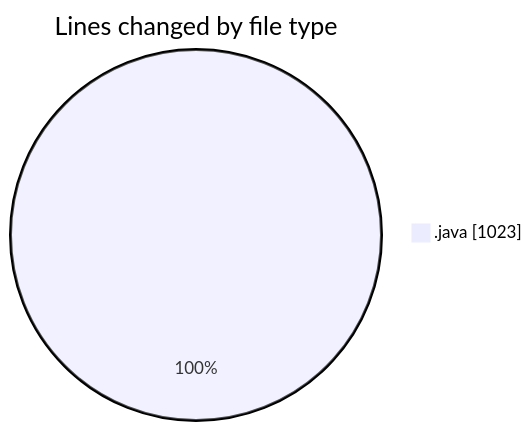
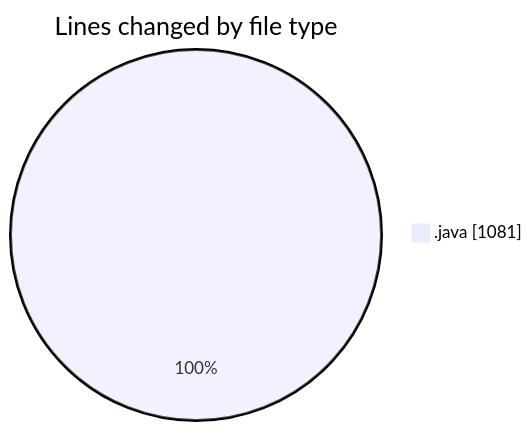
One commit to ricardozamudiocil/code-tracking changed the first of 2 diagrams in 2026-03-18/cilapp/README.md. Above: the diagram before and after it, drawn with Mermaid. The commit also changed other lines of this file and 1 other file, not shown here.

````diff
--- a/2026-03-18/cilapp/README.md
+++ b/2026-03-18/cilapp/README.md
@@ -20,5 +20,5 @@
 ```mermaid
 pie showData
 title Lines changed by file type
-".java" : 1023
+".java" : 1081
 ```
````
